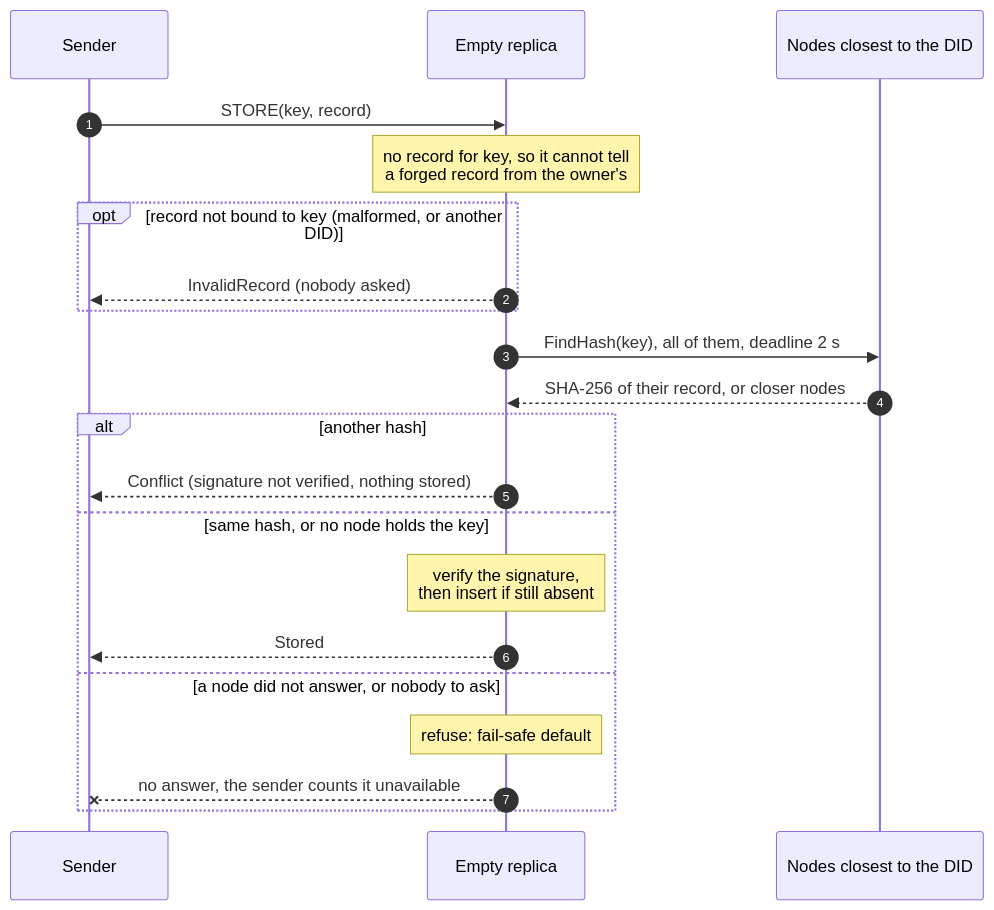
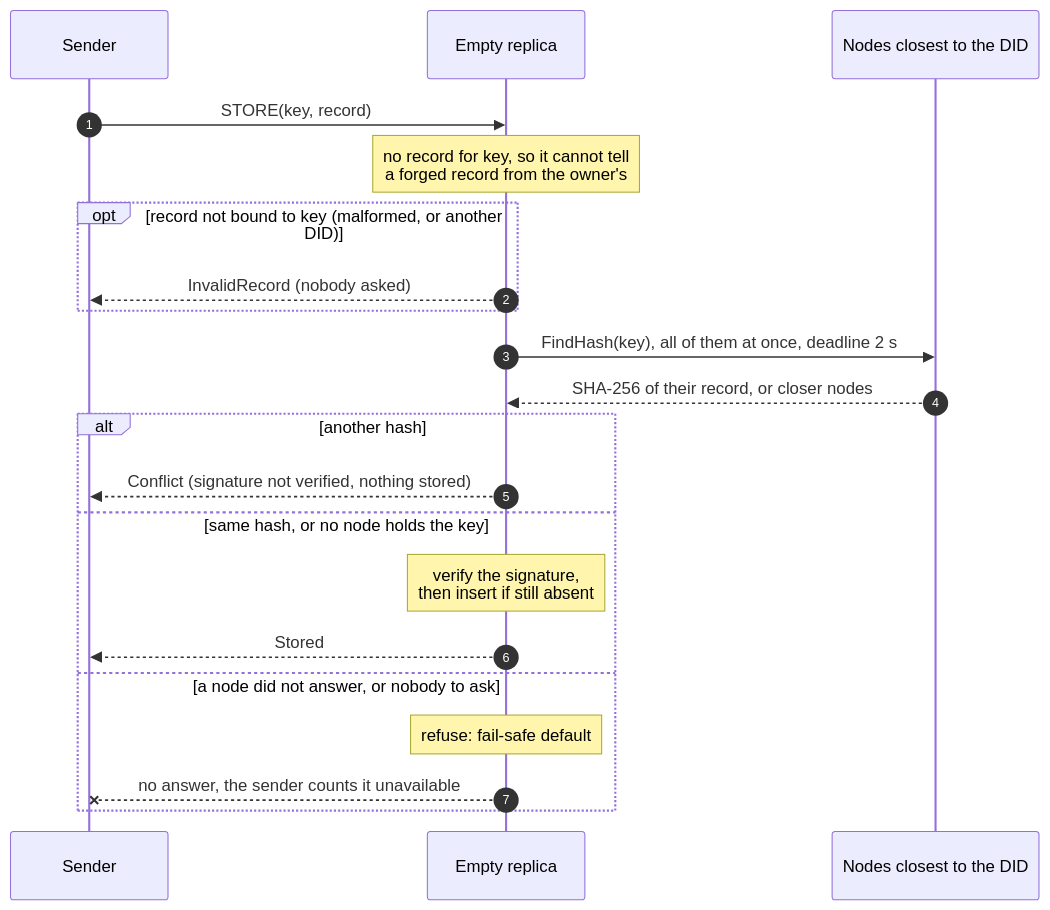
Before and after one commit to fratrung/auth-kademlia-rs: the diagram in docs/design/store-check.mmd, drawn with Mermaid. The commit also changed 5 other files, not shown here.

First line of the commit message:
fix(store): ask all close nodes at once in the empty-replica check

```diff
--- a/docs/design/store-check.mmd
+++ b/docs/design/store-check.mmd
@@ -1,21 +1,21 @@
 sequenceDiagram
     autonumber
     participant S as Sender
     participant R as Empty replica
     participant C as Nodes closest to the DID
     S->>R: STORE(key, record)
     Note over R: no record for key, so it cannot tell<br/>a forged record from the owner's
     opt record not bound to key (malformed, or another DID)
         R-->>S: InvalidRecord (nobody asked)
     end
-    R->>C: FindHash(key), all of them, deadline 2 s
+    R->>C: FindHash(key), all of them at once, deadline 2 s
     C-->>R: SHA-256 of their record, or closer nodes
     alt another hash
         R-->>S: Conflict (signature not verified, nothing stored)
     else same hash, or no node holds the key
         Note over R: verify the signature,<br/>then insert if still absent
         R-->>S: Stored
     else a node did not answer, or nobody to ask
         Note over R: refuse: fail-safe default
         R--xS: no answer, the sender counts it unavailable
     end
```
